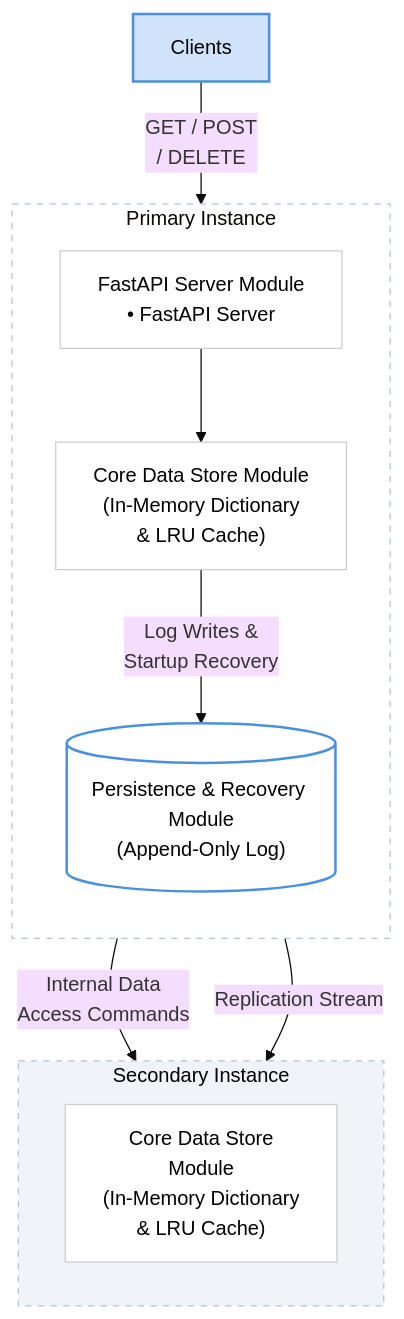
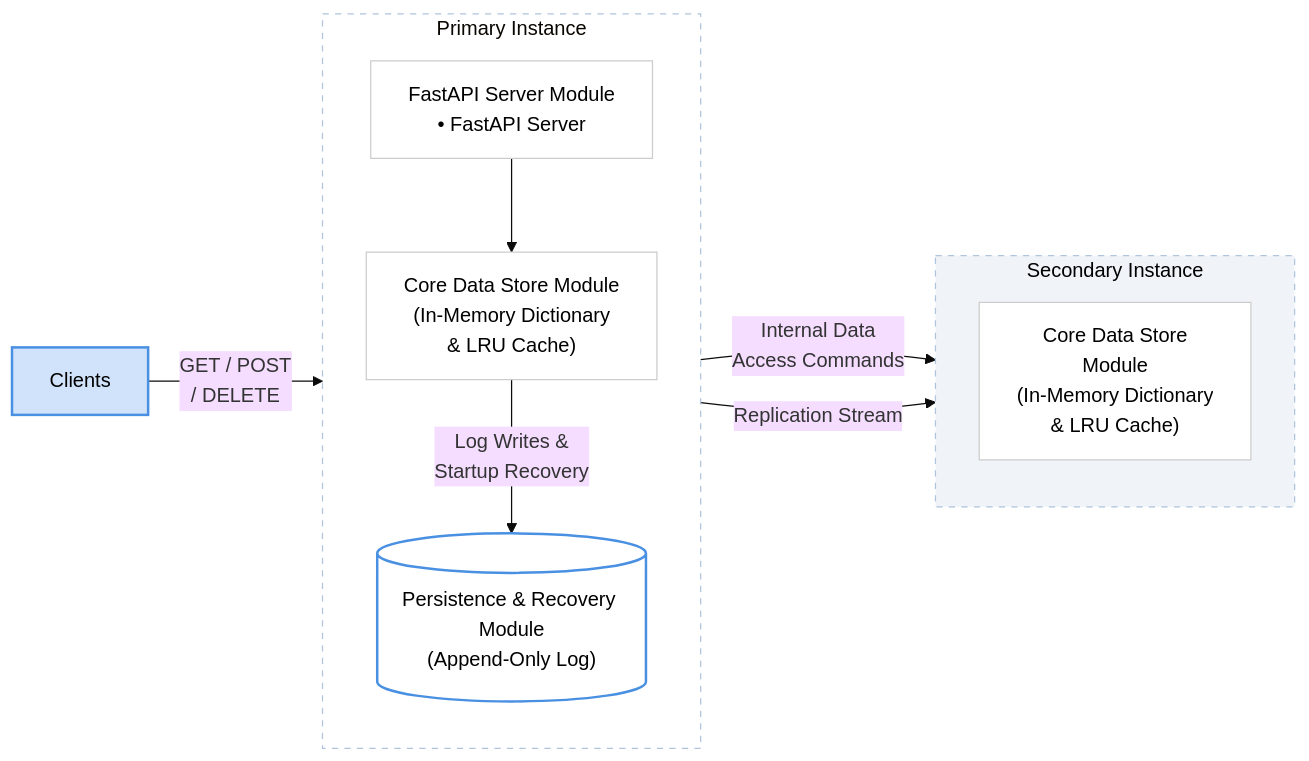
Before and after one commit to RupaliShewale09/PyKV: the diagram in README.md, drawn with Mermaid (base theme). The commit also changed other lines of this file, not shown here.

````diff
--- a/README.md
+++ b/README.md
@@ -12,35 +11,35 @@
 ```mermaid
-graph TD
+graph LR
     %% Global Nodes
     Clients["Clients"]
 
     subgraph Primary ["Primary Instance "]
         direction TB
         FAS["FastAPI Server Module<br/>• FastAPI Server"]
         CDS["Core Data Store Module<br/>(In-Memory Dictionary<br/>& LRU Cache)"]
         PRM[("Persistence & Recovery Module<br/>(Append-Only Log)")]
         
         FAS --> CDS
         CDS -- "Log Writes &<br/>Startup Recovery" --> PRM
     end
 
     subgraph Secondary ["Secondary Instance "]
         SCDS["Core Data Store<br/>Module<br/>(In-Memory Dictionary<br/>& LRU Cache)"]
         
     end
 
     %% Cross-Instance Connections
     Clients -- "GET / POST<br/>/ DELETE" --> FAS
     FAS -- "Internal Data<br/>Access Commands" --> Secondary
     PRM -- "Replication Stream" --> Secondary
 
     %% Styling to match the original colors
     style Primary fill:none,stroke:#b0c4de,stroke-dasharray: 5 5
     style Secondary fill:#f0f4f8,stroke:#b0c4de,stroke-dasharray: 5 5, color: #000
     style Clients fill:#d1e3fa,stroke:#4a90e2,stroke-width:2px, color: #000
     style FAS fill:#fff,stroke:#ccc, color: #000
     style CDS fill:#fff,stroke:#ccc, color: #000
     style PRM fill:#fff,stroke:#4a90e2,stroke-width:2px, color: #000
     style SCDS fill:#fff,stroke:#ccc, color: #000
 
 ```
````
